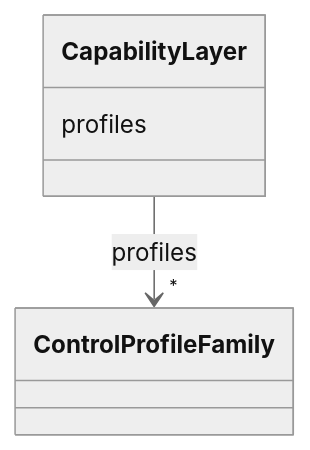
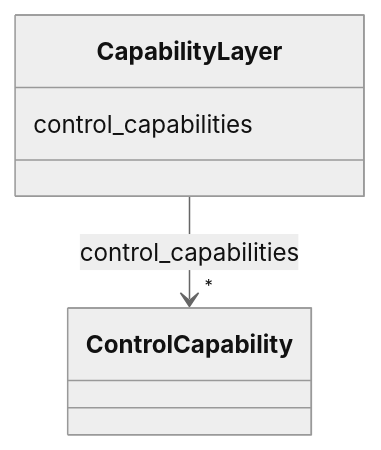
The diagram in docs_narad/CapabilityLayer.md (pals-project/pals-facility-config), drawn with Mermaid (neutral theme) before and after one commit. The commit also changed other lines of this file and 126 other files, not shown here.

````diff
--- a/docs_narad/CapabilityLayer.md
+++ b/docs_narad/CapabilityLayer.md
@@ -18,17 +18,17 @@
 ```mermaid
  classDiagram
     class CapabilityLayer
     click CapabilityLayer href "../CapabilityLayer/"
-      CapabilityLayer : profiles
+      CapabilityLayer : control_capabilities
         
           
     
         
         
-        CapabilityLayer --> "*" ControlProfileFamily : profiles
-        click ControlProfileFamily href "../ControlProfileFamily/"
+        CapabilityLayer --> "*" ControlCapability : control_capabilities
+        click ControlCapability href "../ControlCapability/"
     
 
         
       
 ```
````
